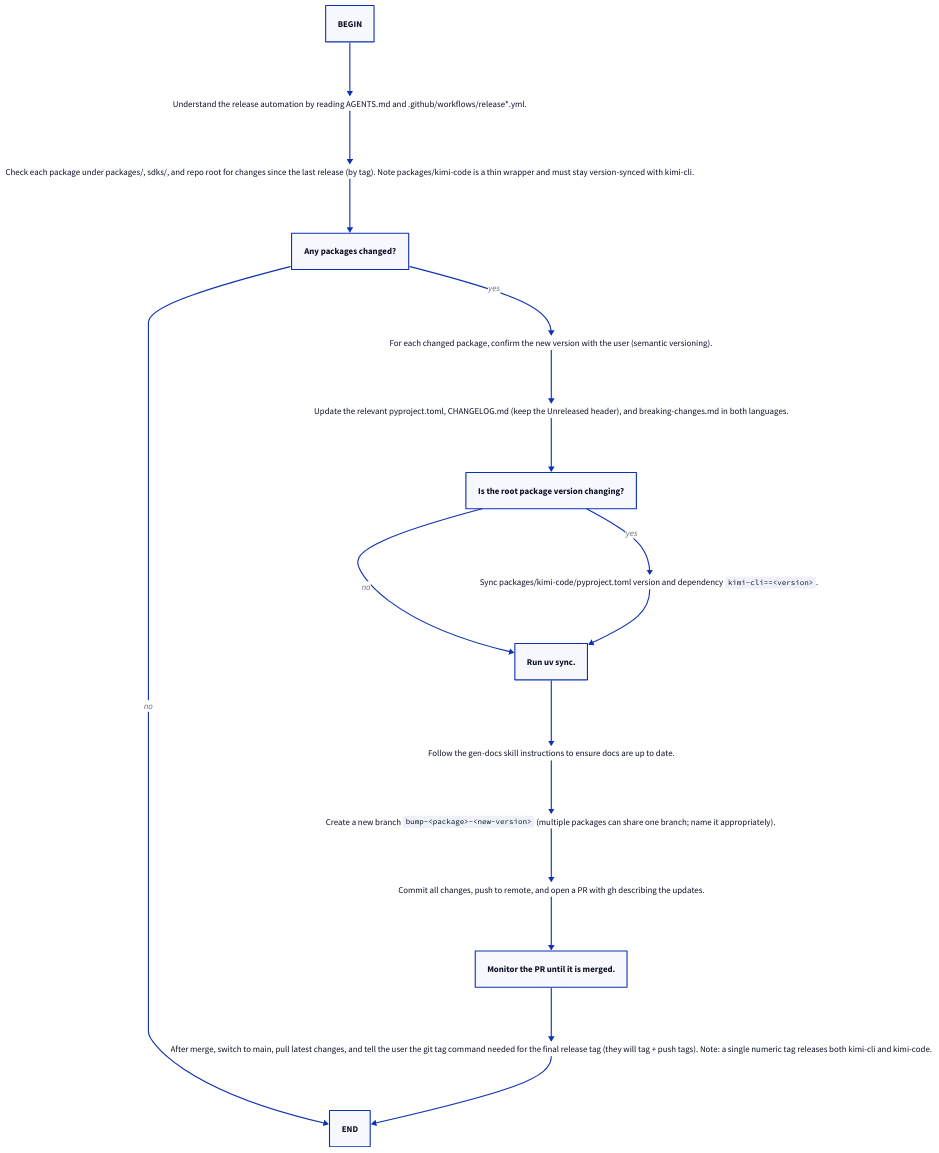
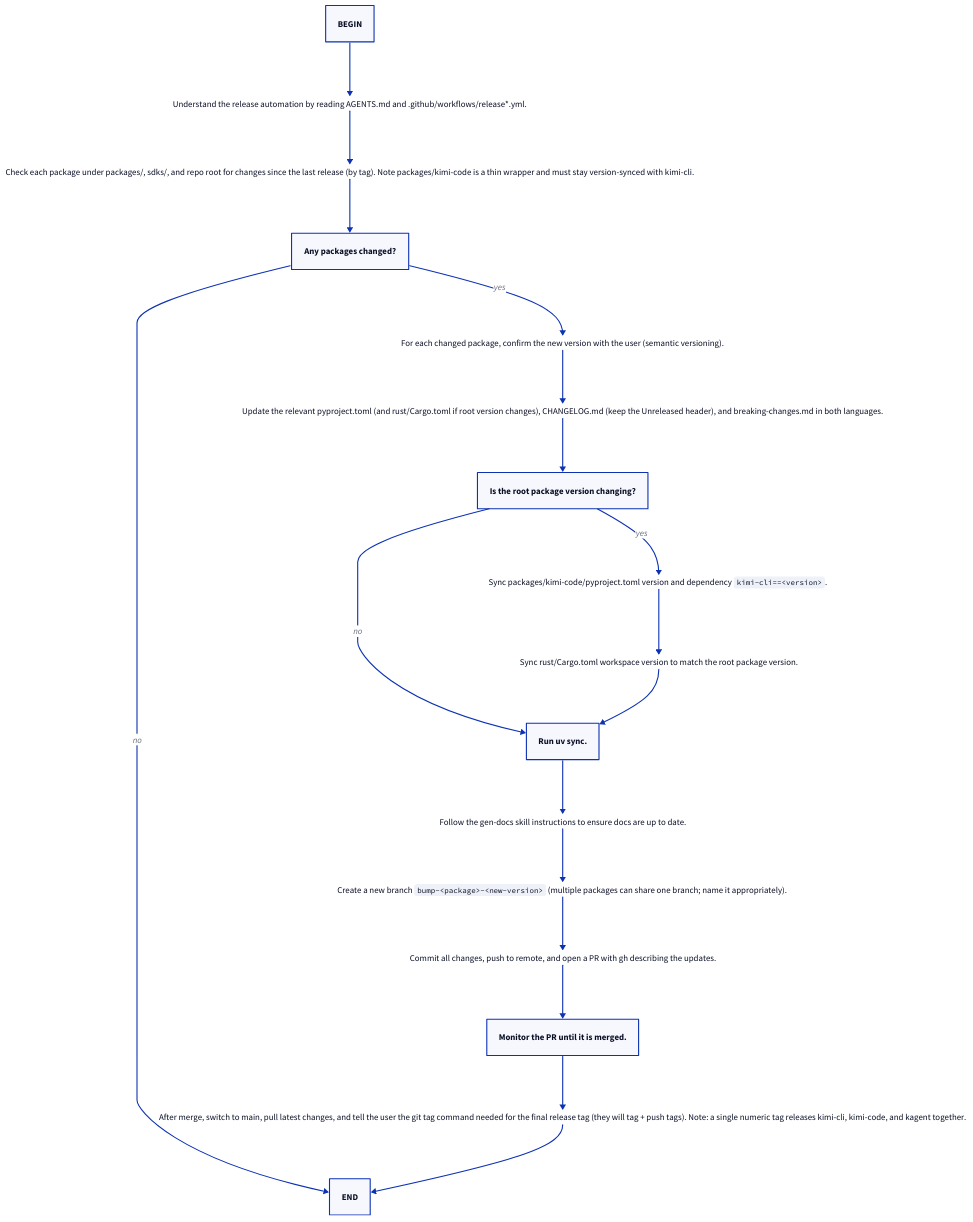
One commit to albertwyjoy-bit/OKbot changed the diagram in .agents/skills/release/SKILL.md. Above: the diagram before and after it, drawn with D2. The commit also changed 185 other files, not shown here.

Commit message:
feat(rust): add rust version of kimi agent kernel - `kagent` (#717)

````diff
--- a/.agents/skills/release/SKILL.md
+++ b/.agents/skills/release/SKILL.md
@@ -7,53 +7,57 @@
 ```d2
 understand: |md
   Understand the release automation by reading AGENTS.md and
   .github/workflows/release*.yml.
 |
 check_changes: |md
   Check each package under packages/, sdks/, and repo root for changes since the
   last release (by tag). Note packages/kimi-code is a thin wrapper and must stay
   version-synced with kimi-cli.
 |
 has_changes: "Any packages changed?"
 confirm_versions: |md
   For each changed package, confirm the new version with the user (semantic
   versioning).
 |
 update_files: |md
-  Update the relevant pyproject.toml, CHANGELOG.md (keep the Unreleased header),
-  and breaking-changes.md in both languages.
+  Update the relevant pyproject.toml (and rust/Cargo.toml if root version changes),
+  CHANGELOG.md (keep the Unreleased header), and breaking-changes.md in both languages.
 |
 root_change: "Is the root package version changing?"
 sync_kimi_code: |md
   Sync packages/kimi-code/pyproject.toml version and dependency
   `kimi-cli==<version>`.
+|
+sync_kagent: |md
+  Sync rust/Cargo.toml workspace version to match the root package version.
 |
 uv_sync: "Run uv sync."
 gen_docs: |md
   Follow the gen-docs skill instructions to ensure docs are up to date.
 |
 
 new_branch: |md
   Create a new branch `bump-<package>-<new-version>` (multiple packages can share
   one branch; name it appropriately).
 |
 open_pr: |md
   Commit all changes, push to remote, and open a PR with gh describing the
   updates.
 |
 monitor_pr: "Monitor the PR until it is merged."
 post_merge: |md
   After merge, switch to main, pull latest changes, and tell the user the git
   tag command needed for the final release tag (they will tag + push tags). Note:
-  a single numeric tag releases both kimi-cli and kimi-code.
+  a single numeric tag releases kimi-cli, kimi-code, and kagent together.
 |
 
 BEGIN -> understand -> check_changes -> has_changes
 has_changes -> END: no
 has_changes -> confirm_versions: yes
 confirm_versions -> update_files -> root_change
 root_change -> sync_kimi_code: yes
 root_change -> uv_sync: no
-sync_kimi_code -> uv_sync
+sync_kimi_code -> sync_kagent
+sync_kagent -> uv_sync
 uv_sync -> gen_docs -> new_branch -> open_pr -> monitor_pr -> post_merge -> END
 ```
````
